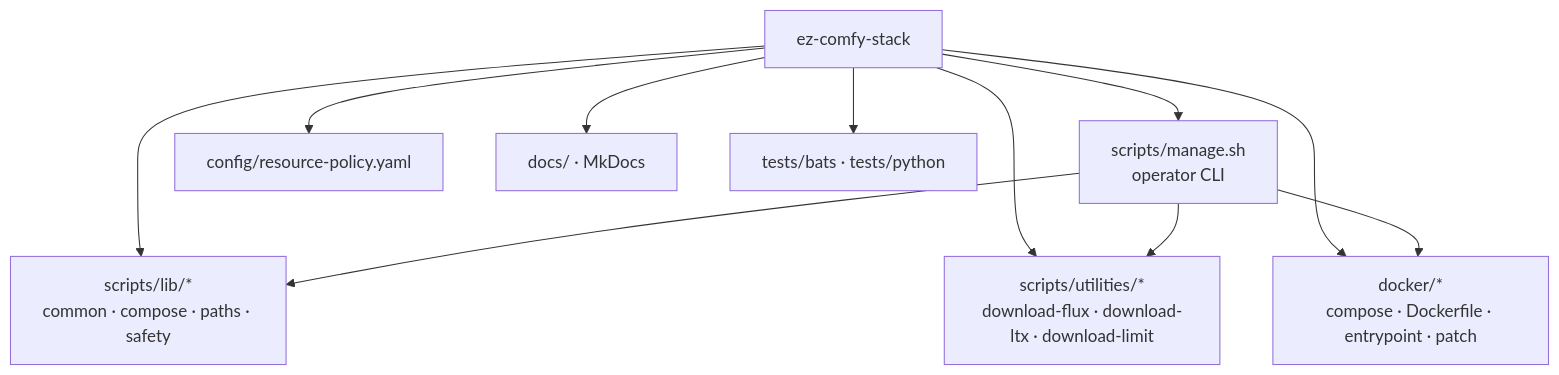
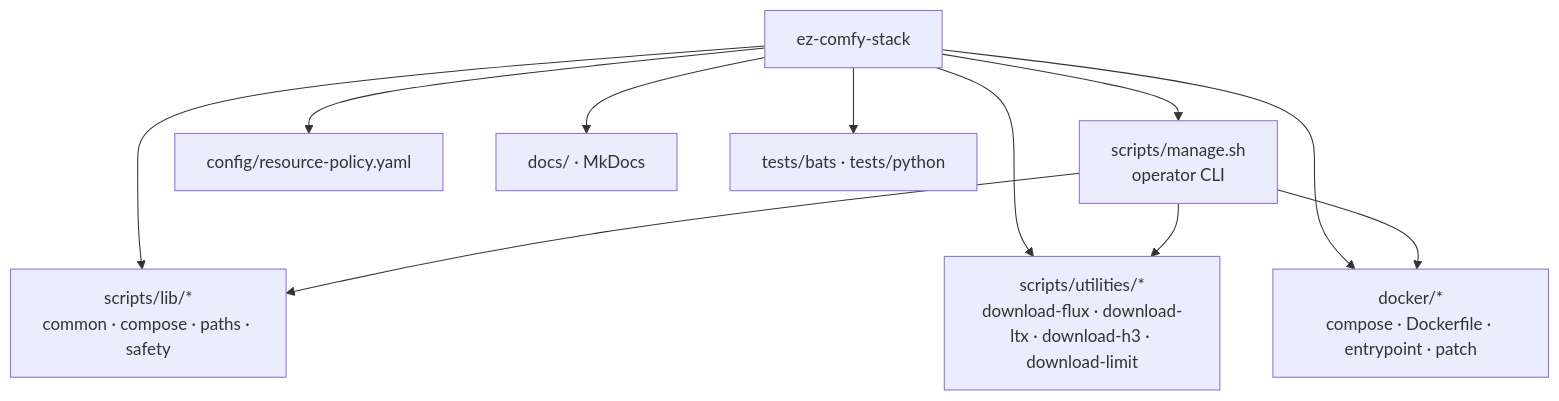
The first of 6 diagrams in docs/project-conventions.md (toxicoder/ez-comfy-stack), drawn with Mermaid before and after one commit. The commit also changed 11 other files, not shown here.

````diff
--- a/docs/project-conventions.md
+++ b/docs/project-conventions.md
@@ -37,14 +37,14 @@
 ```mermaid
 flowchart TB
   Root["ez-comfy-stack"]
   Root --> Manage["scripts/manage.sh<br/>operator CLI"]
   Root --> Lib["scripts/lib/*<br/>common · compose · paths · safety"]
-  Root --> Util["scripts/utilities/*<br/>download-flux · download-ltx · download-limit"]
+  Root --> Util["scripts/utilities/*<br/>download-flux · download-ltx · download-h3 · download-limit"]
   Root --> Docker["docker/*<br/>compose · Dockerfile · entrypoint · patch"]
   Root --> Cfg["config/resource-policy.yaml"]
   Root --> Docs["docs/ · MkDocs"]
   Root --> Tests["tests/bats · tests/python"]
   Manage --> Lib
   Manage --> Util
   Manage --> Docker
 ```
````
